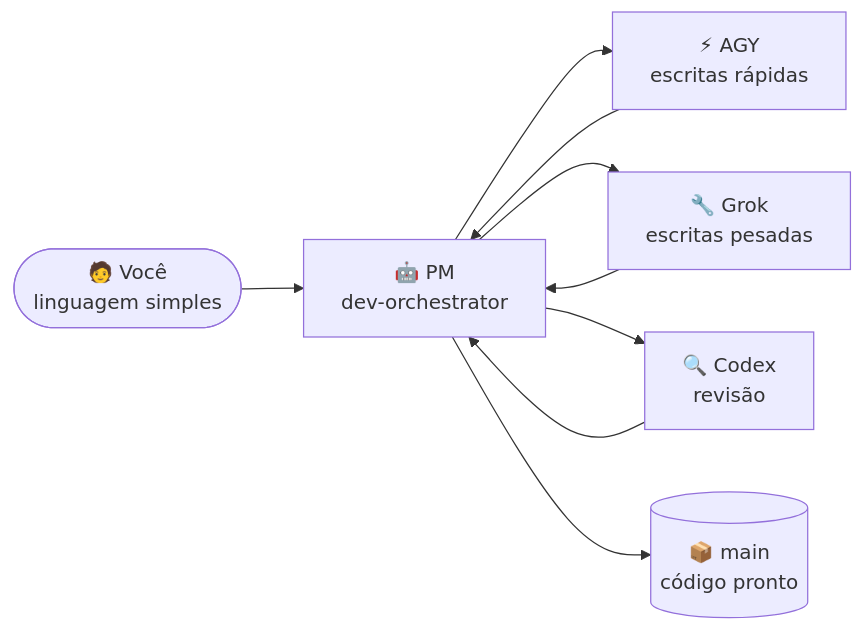
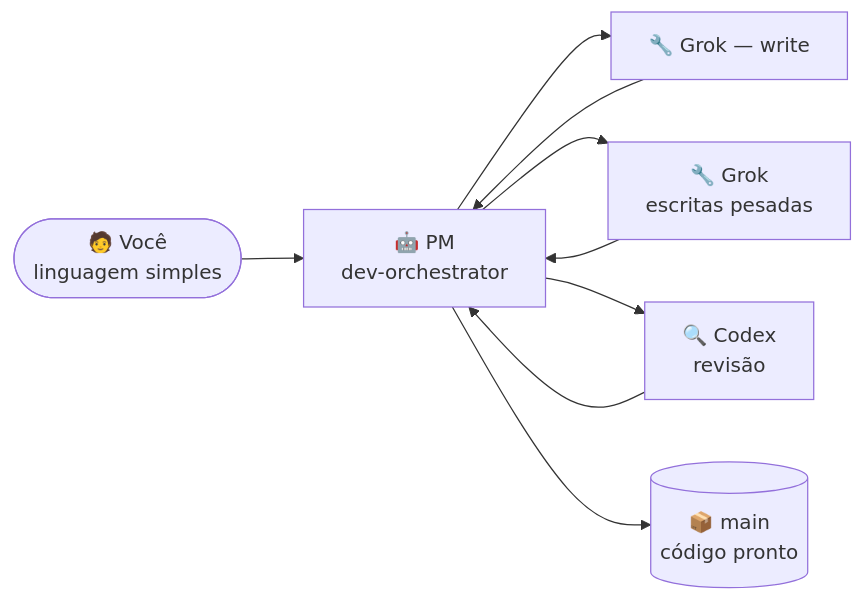
Before and after one commit to VKirill/claude-lane-stack: the diagram in docs/BEGINNER.pt-BR.md, drawn with Mermaid. The commit also changed other lines of this file and 57 other files, not shown here.

First line of the commit message:
feat(lanes): Grok-only write + progressive MODE defaults

````diff
--- a/docs/BEGINNER.pt-BR.md
+++ b/docs/BEGINNER.pt-BR.md
@@ -20,11 +20,11 @@
 ```mermaid
 flowchart LR
     You(["🧑 Você<br/>linguagem simples"]) --> PM["🤖 PM<br/>dev-orchestrator"]
-    PM --> W1["⚡ AGY<br/>escritas rápidas"]
+    PM --> W1["🔧 Grok — write"]
     PM --> W2["🔧 Grok<br/>escritas pesadas"]
     PM --> W3["🔍 Codex<br/>revisão"]
     W1 --> PM
     W2 --> PM
     W3 --> PM
     PM --> Main[("📦 main<br/>código pronto")]
 ```
````
